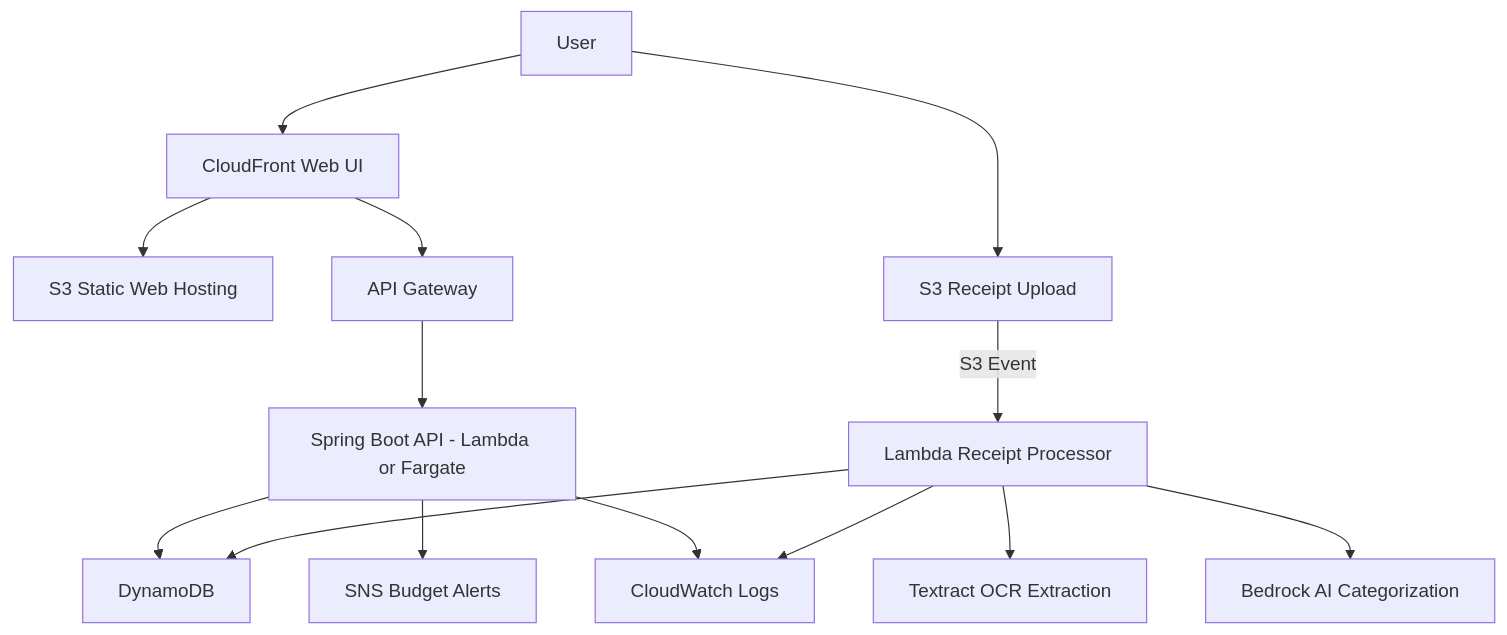
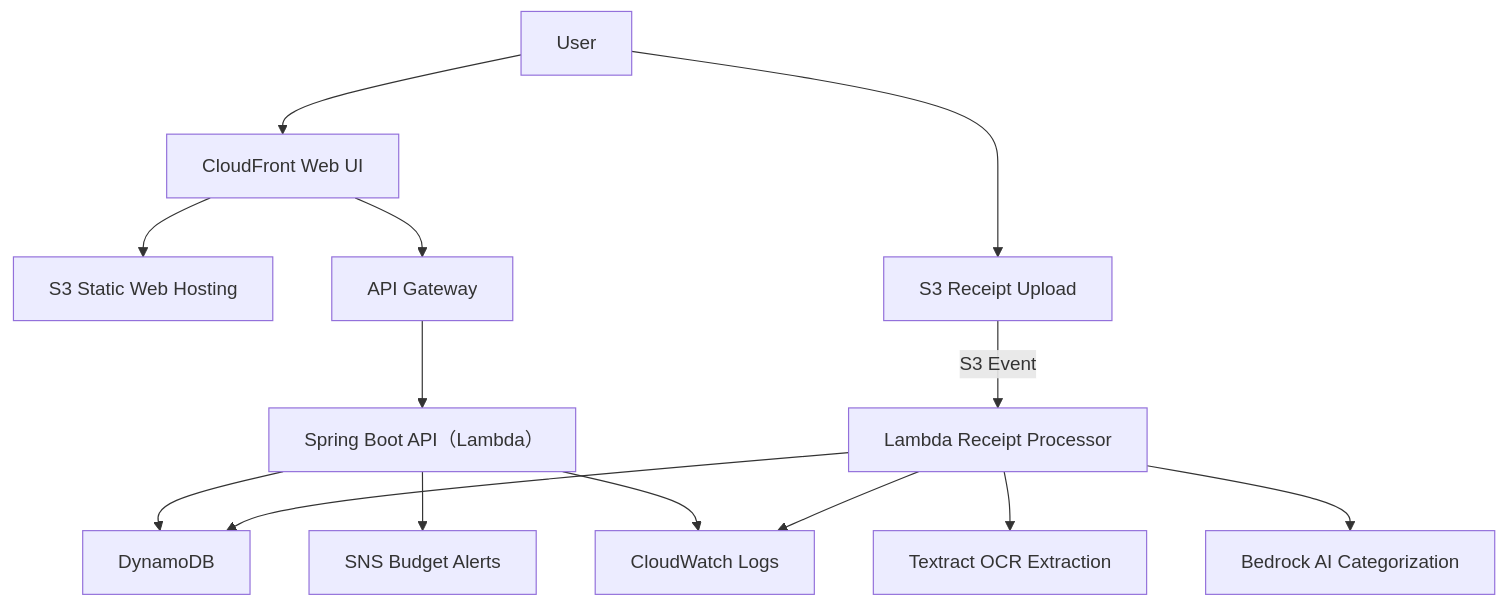
Before and after one commit to shigemasa89/smart-expense-tracker: the diagram in README.md, drawn with Mermaid. The commit also changed other lines of this file, not shown here.

````diff
--- a/README.md
+++ b/README.md
@@ -89,28 +91,28 @@
 ```mermaid
 flowchart TD
 
     %% User Layer
     U[User] --> CF[CloudFront Web UI]
     CF --> S3Web[S3 Static Web Hosting]
     CF --> APIGW[API Gateway]
 
     %% Backend API
-    APIGW --> API[Spring Boot API - Lambda or Fargate]
+    APIGW --> API[Spring Boot API（Lambda）]
     API --> DDB[DynamoDB]
     API --> SNS[SNS Budget Alerts]
 
     %% Receipt Upload Flow
     U --> S3Upload[S3 Receipt Upload]
     S3Upload -->|S3 Event| L1[Lambda Receipt Processor]
 
     %% OCR + AI
     L1 --> TEX[Textract OCR Extraction]
     L1 --> BED[Bedrock AI Categorization]
 
     %% Save to DB
     L1 --> DDB
 
     %% Monitoring
     API --> CW[CloudWatch Logs]
     L1 --> CW
 ```
````
